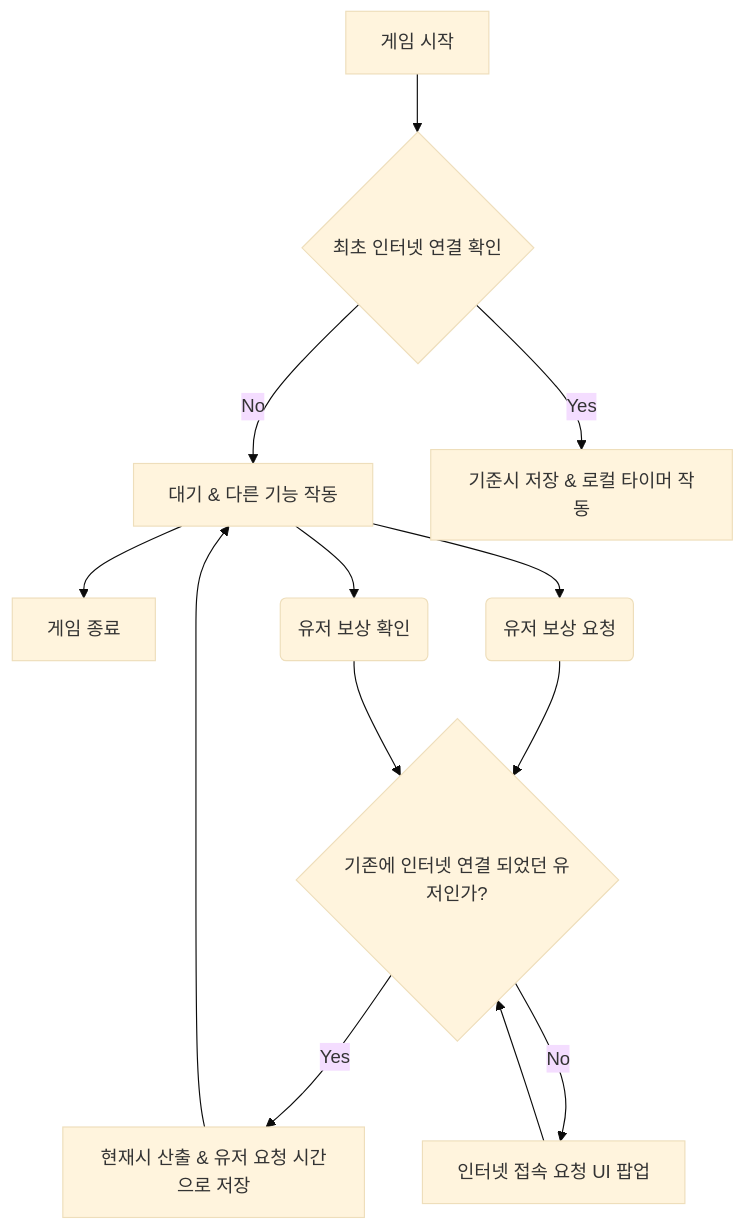
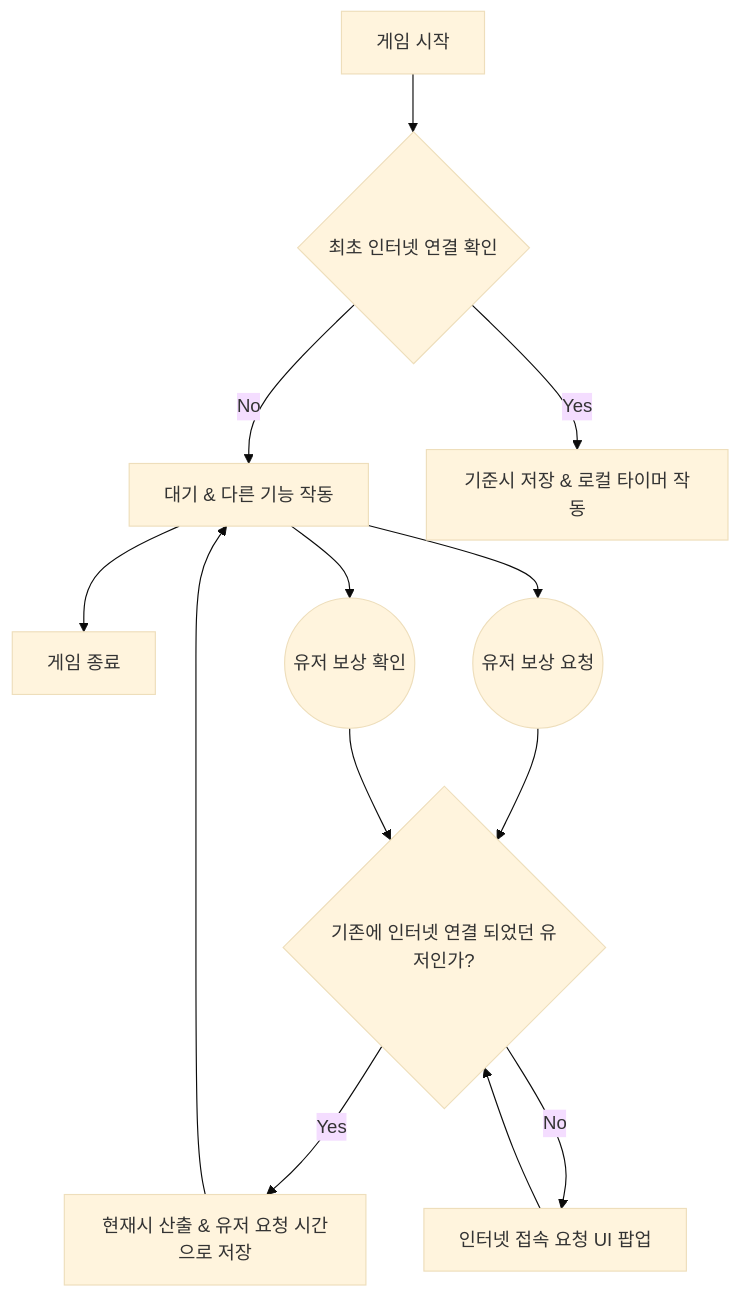
Before and after one commit to lhamed/lhamed.github.io: the diagram in _posts/2019-7-20-69th-post.md, drawn with Mermaid (base theme). The commit also changed other lines of this file, not shown here.

```diff
--- a/_posts/2019-7-20-69th-post.md
+++ b/_posts/2019-7-20-69th-post.md
@@ -88,25 +88,25 @@
 <div class="mermaid">
 graph TD;
     start[게임 시작]
     wait[대기 & 다른 기능 작동]
     endGame[게임 종료]
     checkNetwork{최초 인터넷 연결 확인}
     checkNetwork_2{기존에 인터넷 연결 되었던 유저인가?}
     beginWatch[기준시 저장 & 로컬 타이머 작동]
     checkWatch[현재시 산출 & 유저 요청 시간으로 저장]
-    userRequest(유저 보상 요청)
-    userReward(유저 보상 확인)
+    userRequest((유저 보상 요청))
+    userReward((유저 보상 확인))
     popupRequestInternet[인터넷 접속 요청 UI 팝업]
     start --> checkNetwork 
     checkNetwork -- Yes --> beginWatch 
     checkNetwork -- No --> wait 
     wait --> userRequest 
     userRequest --> checkNetwork_2 
     checkNetwork_2 -- Yes --> checkWatch 
     checkWatch --> wait 
     checkNetwork_2 -- No --> popupRequestInternet 
     popupRequestInternet --> checkNetwork_2
     wait --> userReward 
     userReward -->checkNetwork_2
     wait --> endGame
 </div>
```
